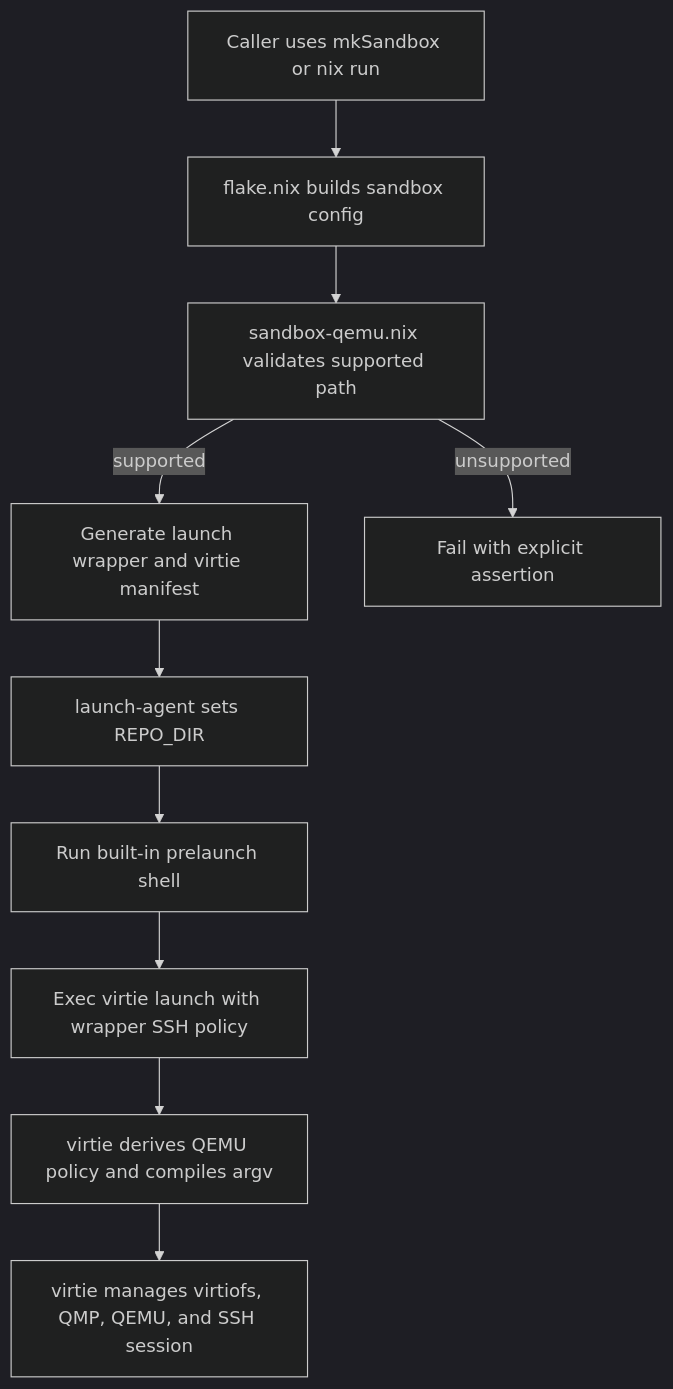
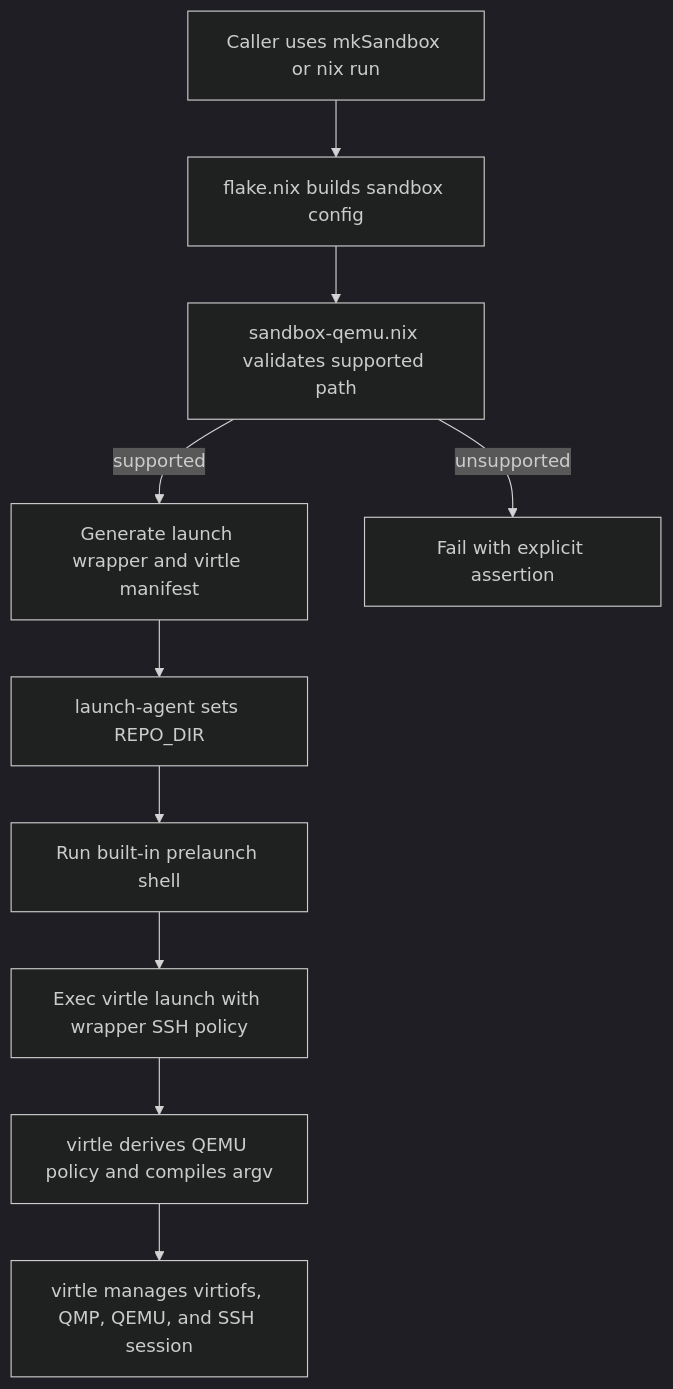
One commit to shazow/agentspace changed the diagram in .specs/agentspace.md. Above: the diagram before and after it, drawn with Mermaid (dark theme). The commit also changed other lines of this file and 8 other files, not shown here.

````diff
--- a/.specs/agentspace.md
+++ b/.specs/agentspace.md
@@ -91,12 +91,12 @@
 ```mermaid
 flowchart TD
   A[Caller uses mkSandbox or nix run] --> B[flake.nix builds sandbox config]
   B --> C[sandbox-qemu.nix validates supported path]
-  C -->|supported| D[Generate launch wrapper and virtie manifest]
+  C -->|supported| D[Generate launch wrapper and virtle manifest]
   C -->|unsupported| E[Fail with explicit assertion]
   D --> F[launch-agent sets REPO_DIR]
   F --> G[Run built-in prelaunch shell]
-  G --> H[Exec virtie launch with wrapper SSH policy]
-  H --> I[virtie derives QEMU policy and compiles argv]
-  I --> J[virtie manages virtiofs, QMP, QEMU, and SSH session]
+  G --> H[Exec virtle launch with wrapper SSH policy]
+  H --> I[virtle derives QEMU policy and compiles argv]
+  I --> J[virtle manages virtiofs, QMP, QEMU, and SSH session]
 ```
````
